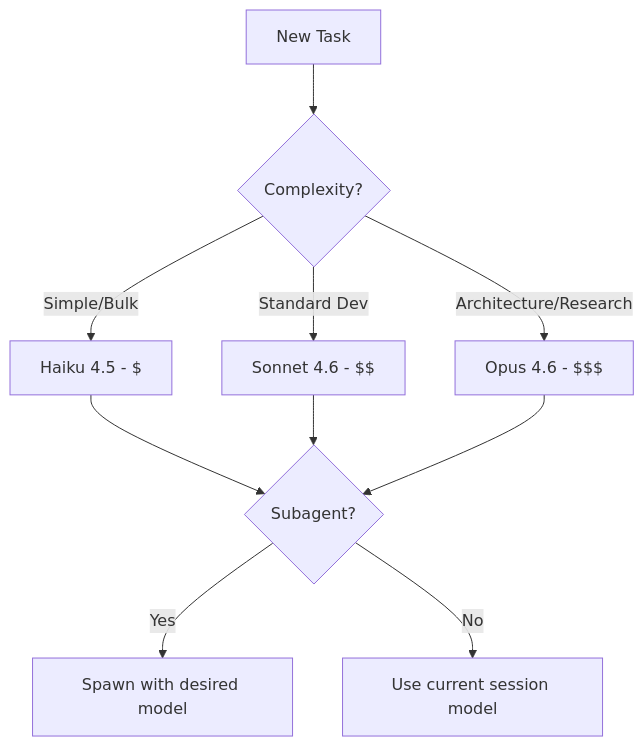
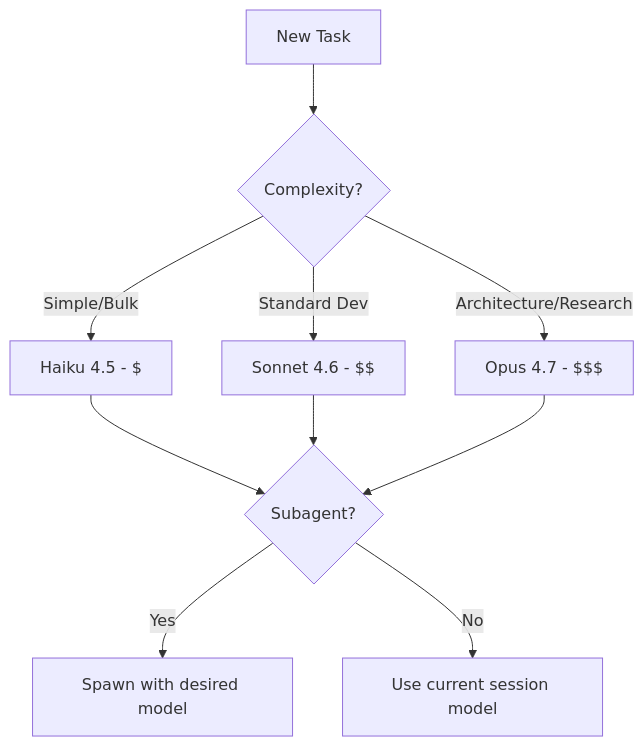
The diagram in BIBLE.md (KevinZai/commander), drawn with Mermaid before and after one commit. The commit also changed other lines of this file and 3 other files, not shown here.

````diff
--- a/BIBLE.md
+++ b/BIBLE.md
@@ -2179,12 +2181,12 @@
 ```mermaid
 graph TD
     A[New Task] --> B{Complexity?}
     B -->|Simple/Bulk| C[Haiku 4.5 - $]
     B -->|Standard Dev| D[Sonnet 4.6 - $$]
-    B -->|Architecture/Research| E[Opus 4.6 - $$$]
+    B -->|Architecture/Research| E[Opus 4.7 - $$$]
     C --> F{Subagent?}
     D --> F
     E --> F
     F -->|Yes| G[Spawn with desired model]
     F -->|No| H[Use current session model]
 ```
````
